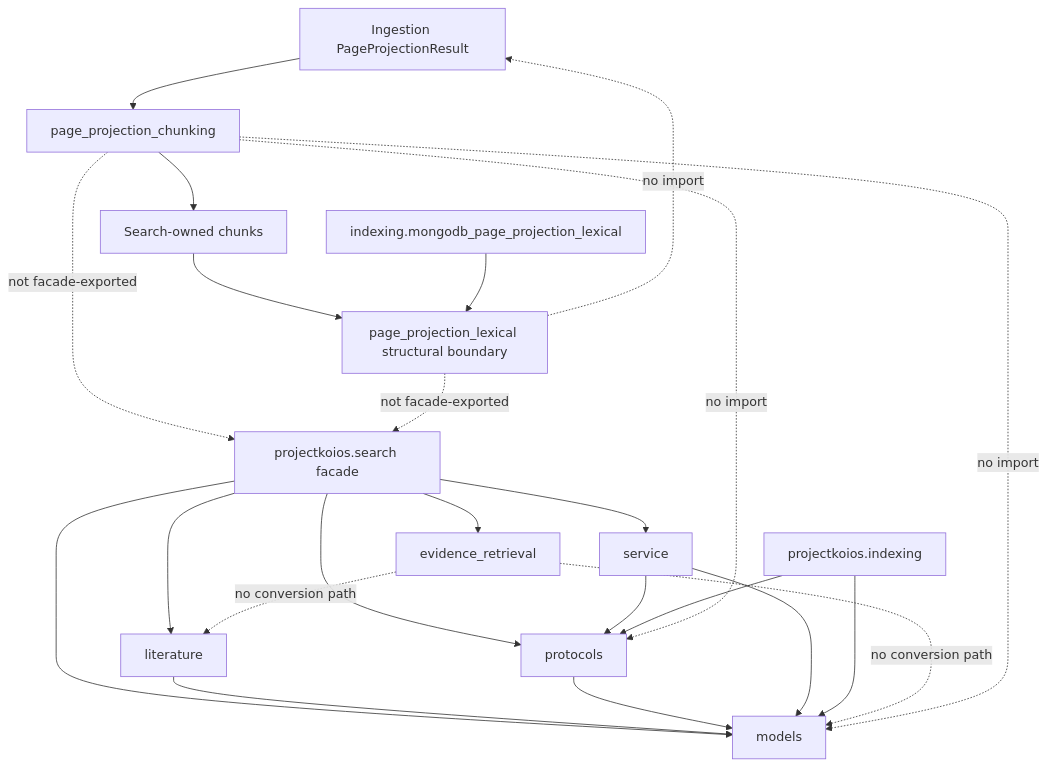
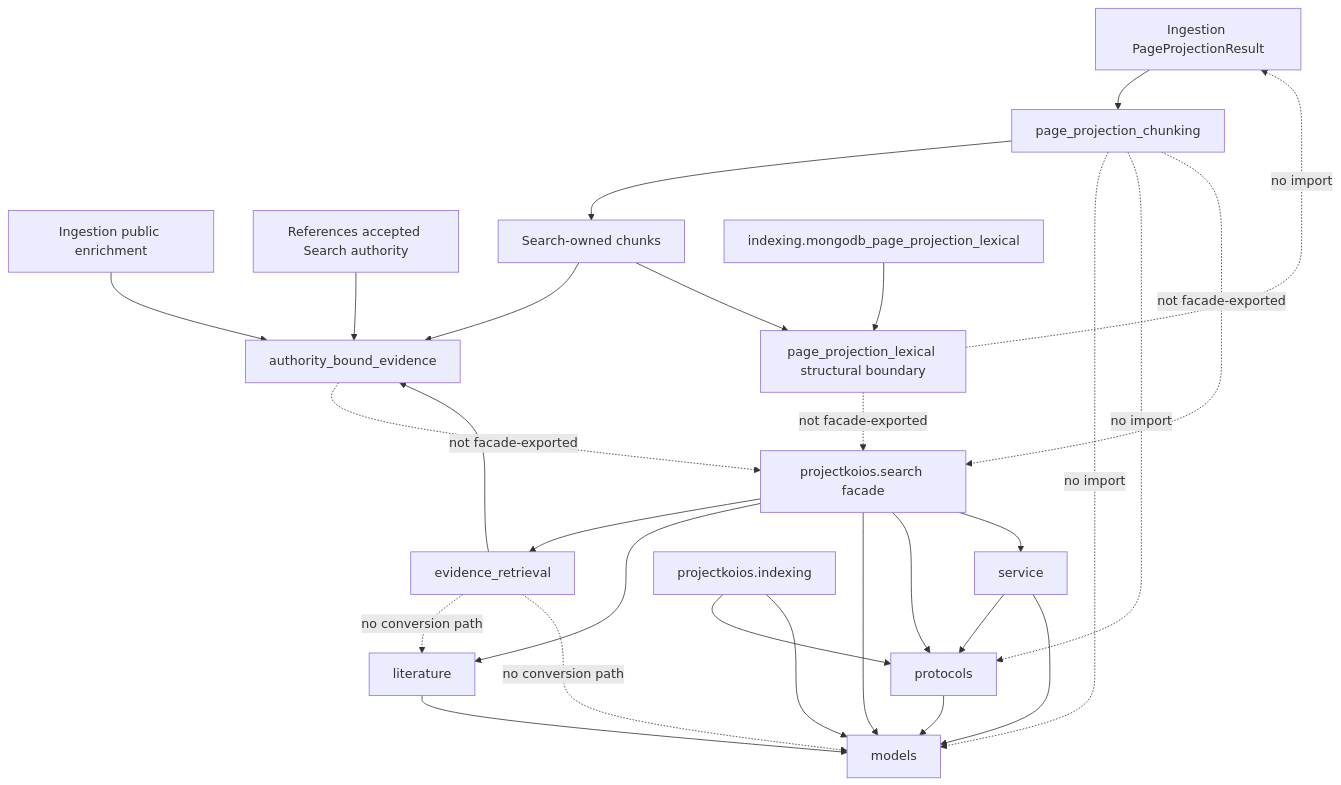
The diagram in docs/architecture/projectkoios/search/schematic.md (eragasa/projectkoios-search), drawn with Mermaid before and after one commit. The commit also changed other lines of this file and 23 other files, not shown here.

Commit message:
Add authority-bound authoring evidence admission

````diff
--- a/docs/architecture/projectkoios/search/schematic.md
+++ b/docs/architecture/projectkoios/search/schematic.md
@@ -3,25 +3,30 @@
 ```mermaid
 flowchart TB
     Ingestion["Ingestion PageProjectionResult"] --> Chunking["page_projection_chunking"]
+    Enrichment["Ingestion public enrichment"] --> Authority["authority_bound_evidence"]
+    References["References accepted Search authority"] --> Authority
     Chunking --> SearchChunks["Search-owned chunks"]
+    SearchChunks --> Authority
     SearchChunks --> Lexical["page_projection_lexical structural boundary"]
+    Evidence --> Authority
     Facade["projectkoios.search facade"] --> Evidence["evidence_retrieval"]
     Facade --> Literature["literature"]
     Facade --> Models["models"]
     Facade --> Protocols["protocols"]
     Facade --> Service["service"]
     Literature --> Models
     Protocols --> Models
     Service --> Protocols
     Service --> Models
     Indexing["projectkoios.indexing"] --> Protocols
     Indexing --> Models
     Evidence -. "no conversion path" .-> Literature
     Evidence -. "no conversion path" .-> Models
     Chunking -. "no import" .-> Models
     Chunking -. "no import" .-> Protocols
     Chunking -. "not facade-exported" .-> Facade
     Lexical -. "no import" .-> Ingestion
     Lexical -. "not facade-exported" .-> Facade
+    Authority -. "not facade-exported" .-> Facade
     MongoLexical["indexing.mongodb_page_projection_lexical"] --> Lexical
 ```
````
